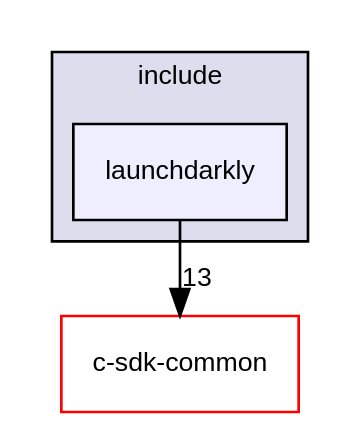
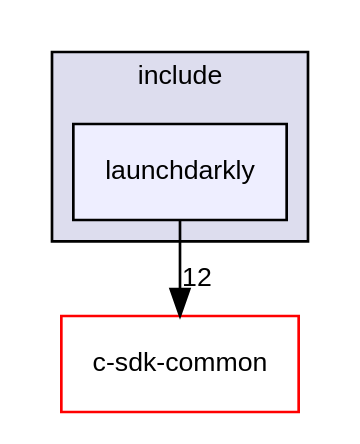
The diagram in dir_efe5b79025e5a9a1c6aba444011d94a7_dep.dot (launchdarkly/c-client-sdk), drawn with Graphviz before and after one commit. The commit also changed 59 other files, not shown here.

```diff
--- a/dir_efe5b79025e5a9a1c6aba444011d94a7_dep.dot
+++ b/dir_efe5b79025e5a9a1c6aba444011d94a7_dep.dot
@@ -1,11 +1,11 @@
 digraph "include/launchdarkly" {
   compound=true
   node [ fontsize="10", fontname="Helvetica"];
   edge [ labelfontsize="10", labelfontname="Helvetica"];
   subgraph clusterdir_d44c64559bbebec7f509842c48db8b23 {
     graph [ bgcolor="#ddddee", pencolor="black", label="include" fontname="Helvetica", fontsize="10", URL="dir_d44c64559bbebec7f509842c48db8b23.html"]
   dir_efe5b79025e5a9a1c6aba444011d94a7 [shape=box, label="launchdarkly", style="filled", fillcolor="#eeeeff", pencolor="black", URL="dir_efe5b79025e5a9a1c6aba444011d94a7.html"];
   }
   dir_2baa2abe2a8541e88a77fd54574fc547 [shape=box label="c-sdk-common" fillcolor="white" style="filled" color="red" URL="dir_2baa2abe2a8541e88a77fd54574fc547.html"];
-  dir_efe5b79025e5a9a1c6aba444011d94a7->dir_2baa2abe2a8541e88a77fd54574fc547 [headlabel="13", labeldistance=1.5 headhref="dir_000004_000000.html"];
+  dir_efe5b79025e5a9a1c6aba444011d94a7->dir_2baa2abe2a8541e88a77fd54574fc547 [headlabel="12", labeldistance=1.5 headhref="dir_000004_000000.html"];
 }
```
